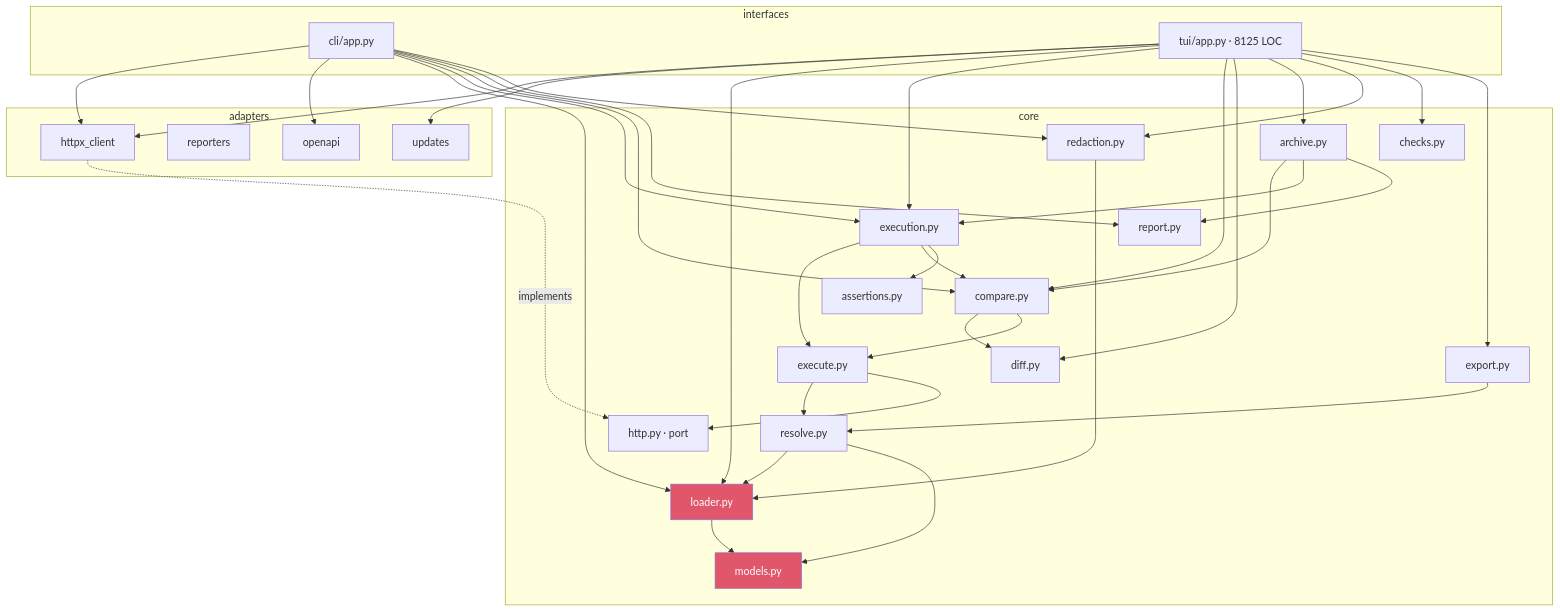
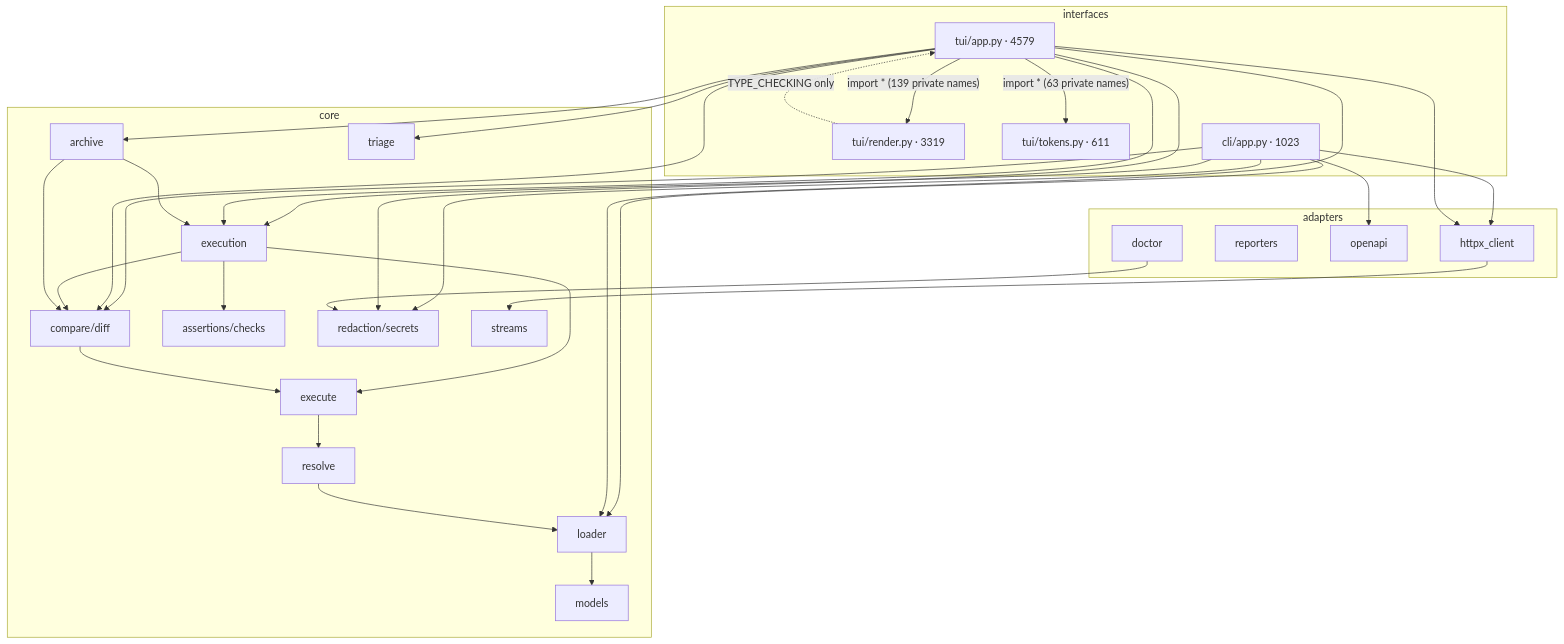
Before and after one commit to wbenbihi/comparo: the diagram in CODE_HEALTH_REPORT.md, drawn with Mermaid. The commit also changed other lines of this file, not shown here.

First line of the commit message:
docs: replace the code health report with the post-remediation re-audit

````diff
--- a/CODE_HEALTH_REPORT.md
+++ b/CODE_HEALTH_REPORT.md
@@ -42,44 +43,41 @@
 ```mermaid
 graph TD
     subgraph interfaces
-        CLI[cli/app.py]
-        TUI[tui/app.py · 8125 LOC]
+        CLI[cli/app.py · 1023]
+        APP[tui/app.py · 4579]
+        REN[tui/render.py · 3319]
+        TOK[tui/tokens.py · 611]
     end
     subgraph adapters
         HTTPX[httpx_client]
         REP[reporters]
         OAPI[openapi]
-        UPD[updates]
+        DOC[doctor]
     end
     subgraph core
-        MODELS[models.py]
-        LOADER[loader.py]
-        RESOLVE[resolve.py]
-        EXEC[execute.py]
-        EXECU[execution.py]
-        COMPARE[compare.py]
-        DIFF[diff.py]
-        ASSERT[assertions.py]
-        CHECKS[checks.py]
-        ARCHIVE[archive.py]
-        REPORT[report.py]
-        REDACT[redaction.py]
-        EXPORT[export.py]
-        HTTP[http.py · port]
+        MODELS[models]
+        LOADER[loader]
+        RESOLVE[resolve]
+        EXEC[execute]
+        EXECU[execution]
+        COMPARE[compare/diff]
+        ASSERT[assertions/checks]
+        ARCHIVE[archive]
+        REDACT[redaction/secrets]
+        STREAMS[streams]
+        TRIAGE[triage]
     end
 
-    CLI --> HTTPX & OAPI & LOADER & EXECU & COMPARE & REPORT & REDACT
-    TUI --> HTTPX & UPD & LOADER & EXECU & COMPARE & DIFF & ARCHIVE & REDACT & CHECKS & EXPORT
-    HTTPX -.implements.-> HTTP
-    LOADER --> MODELS
-    RESOLVE --> LOADER & MODELS
-    EXEC --> RESOLVE & HTTP
+    APP -- "import * (139 private names)" --> REN
+    APP -- "import * (63 private names)" --> TOK
+    REN -.TYPE_CHECKING only.-> APP
+    CLI --> HTTPX & OAPI & LOADER & EXECU & COMPARE & REDACT
+    APP --> HTTPX & LOADER & EXECU & COMPARE & ARCHIVE & REDACT & TRIAGE
     EXECU --> EXEC & COMPARE & ASSERT
-    COMPARE --> DIFF & EXEC
-    ARCHIVE --> COMPARE & EXECU & REPORT
-    EXPORT --> RESOLVE
-    REDACT --> LOADER
-
-    classDef hot fill:#e0566b,color:#fff
-    class MODELS,LOADER hot
+    COMPARE --> EXEC
+    EXEC --> RESOLVE
+    RESOLVE --> LOADER --> MODELS
+    ARCHIVE --> COMPARE & EXECU
+    HTTPX --> STREAMS
+    DOC --> REDACT
 ```
````
